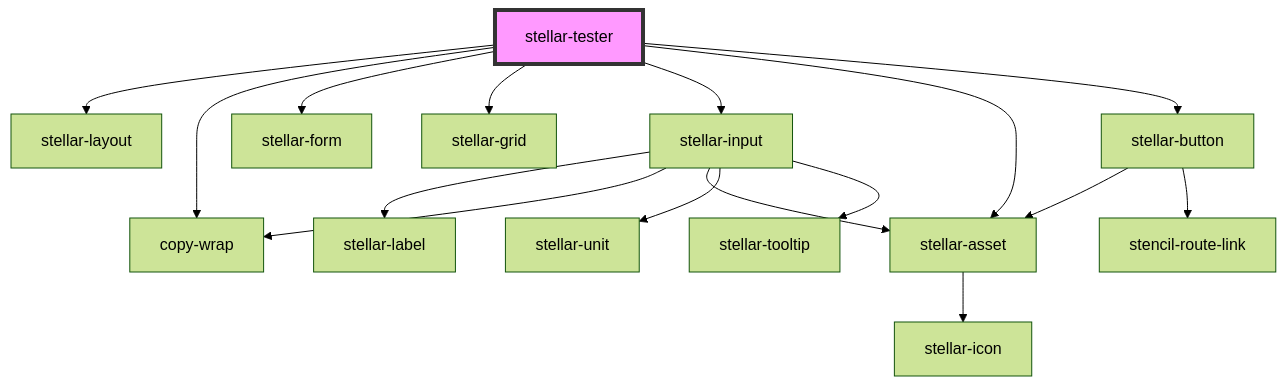
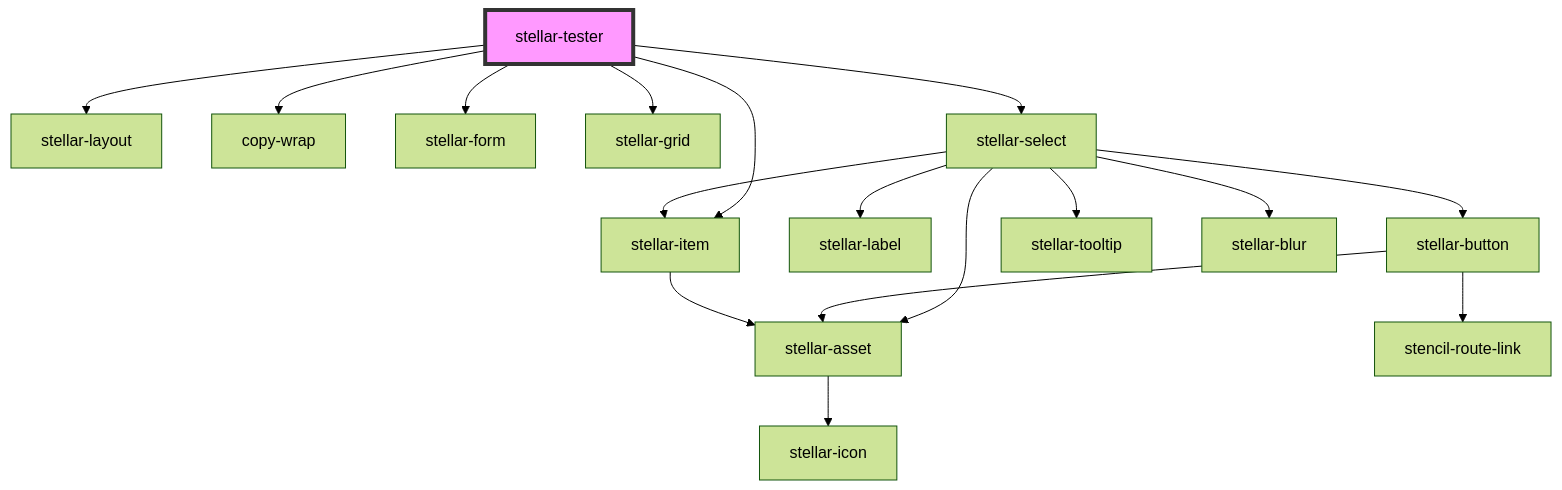
One commit to splitinfinities/Stellar changed the diagram in src/components/tester/readme.md. Above: the diagram before and after it, drawn with Mermaid (forest theme). The commit also changed other lines of this file and 8 other files, not shown here.

````diff
--- a/src/components/tester/readme.md
+++ b/src/components/tester/readme.md
@@ -21,19 +20,20 @@
 ```mermaid
 graph TD;
   stellar-tester --> stellar-layout
   stellar-tester --> copy-wrap
   stellar-tester --> stellar-form
   stellar-tester --> stellar-grid
-  stellar-tester --> stellar-input
-  stellar-tester --> stellar-asset
-  stellar-tester --> stellar-button
-  stellar-input --> stellar-label
-  stellar-input --> copy-wrap
-  stellar-input --> stellar-asset
-  stellar-input --> stellar-unit
-  stellar-input --> stellar-tooltip
-  stellar-asset --> stellar-icon
+  stellar-tester --> stellar-select
+  stellar-tester --> stellar-item
+  stellar-select --> stellar-label
+  stellar-select --> stellar-button
+  stellar-select --> stellar-asset
+  stellar-select --> stellar-item
+  stellar-select --> stellar-tooltip
+  stellar-select --> stellar-blur
   stellar-button --> stellar-asset
   stellar-button --> stencil-route-link
+  stellar-asset --> stellar-icon
+  stellar-item --> stellar-asset
   style stellar-tester fill:#f9f,stroke:#333,stroke-width:4px
 ```
````
